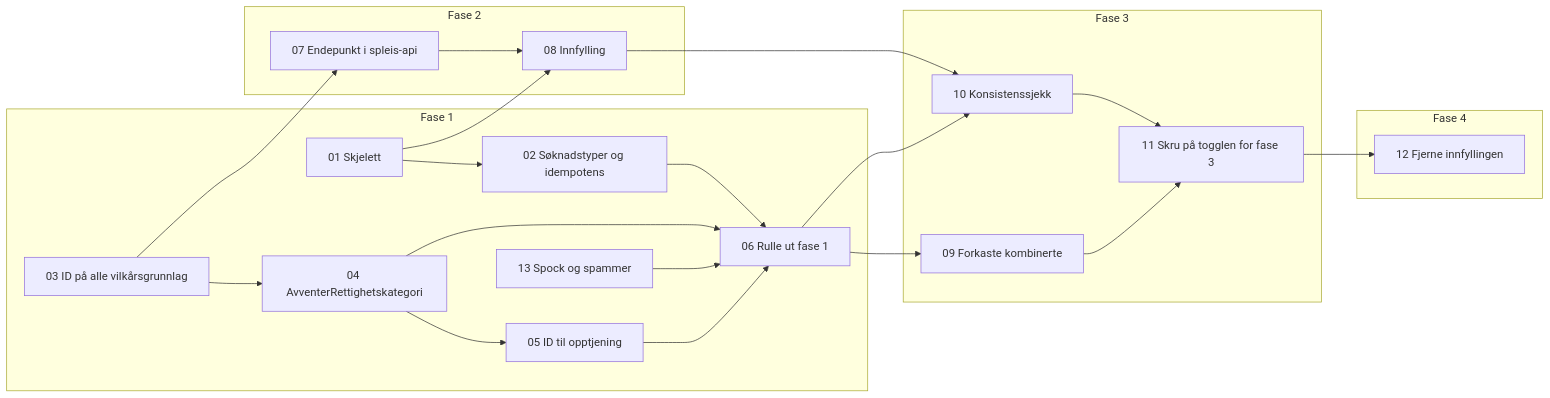
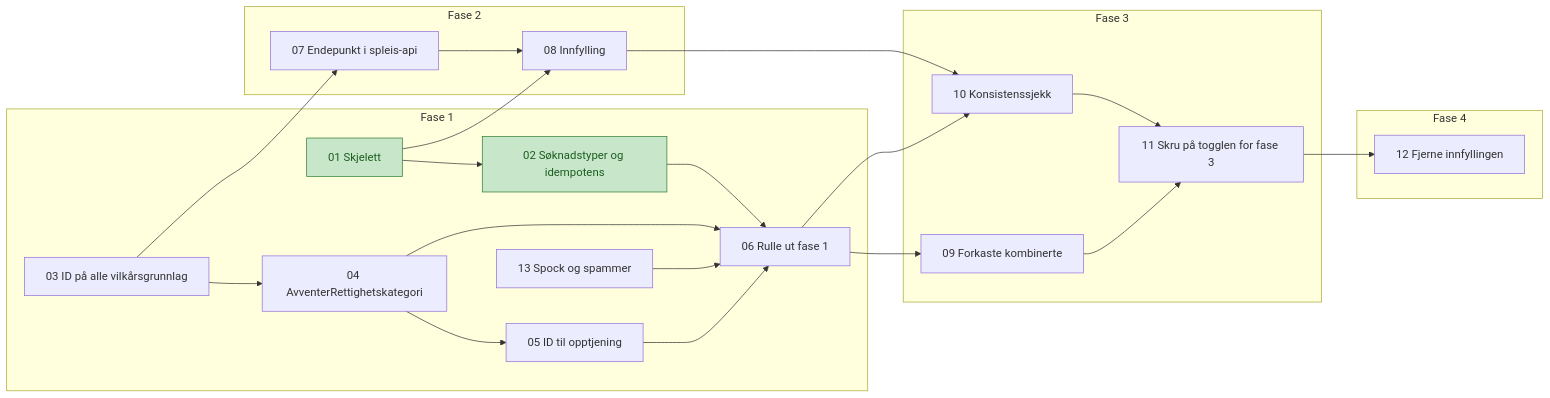
Before and after one commit to navikt/helse-sas-meta: the diagram in docs/tickets/avklare-rettighetskategori/index.md, drawn with Mermaid. The commit also changed other lines of this file, not shown here.

````diff
--- a/docs/tickets/avklare-rettighetskategori/index.md
+++ b/docs/tickets/avklare-rettighetskategori/index.md
@@ -21,28 +21,31 @@
 ```mermaid
 flowchart LR
     subgraph F1[Fase 1]
         T01[01 Skjelett] --> T02[02 Søknadstyper og idempotens]
         T03[03 ID på alle vilkårsgrunnlag] --> T04[04 AvventerRettighetskategori]
         T04 --> T05[05 ID til opptjening]
         T02 --> T06[06 Rulle ut fase 1]
         T04 --> T06
         T05 --> T06
         T13[13 Spock og spammer] --> T06
     end
     subgraph F2[Fase 2]
         T07[07 Endepunkt i spleis-api] --> T08[08 Innfylling]
     end
     subgraph F3[Fase 3]
         T09[09 Forkaste kombinerte] --> T11[11 Skru på togglen for fase 3]
         T10[10 Konsistenssjekk] --> T11
     end
     subgraph F4[Fase 4]
         T12[12 Fjerne innfyllingen]
     end
     T03 --> T07
     T01 --> T08
     T06 --> T09
     T06 --> T10
     T08 --> T10
     T11 --> T12
+
+    classDef ferdig fill:#c8e6c9,stroke:#2e7d32,color:#1b5e20
+    class T01,T02 ferdig
 ```
````
